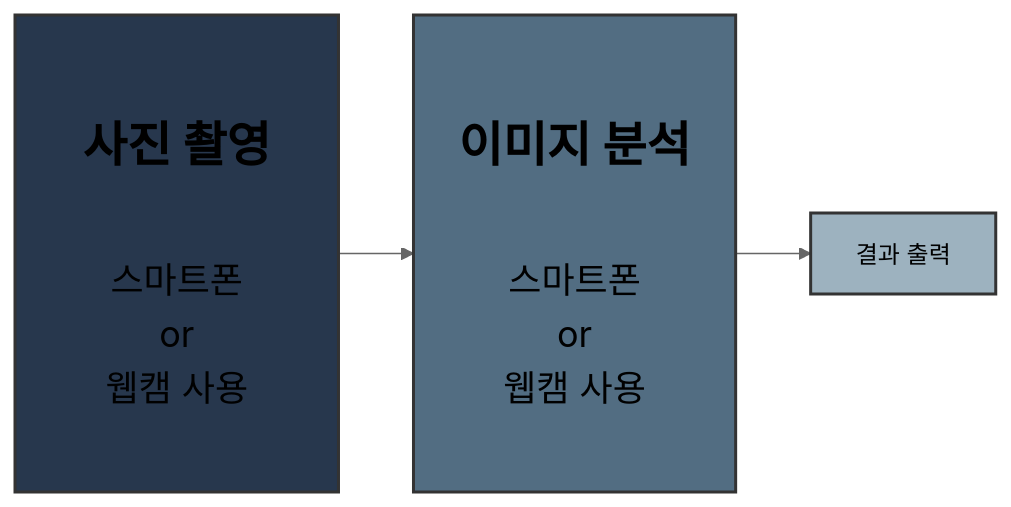
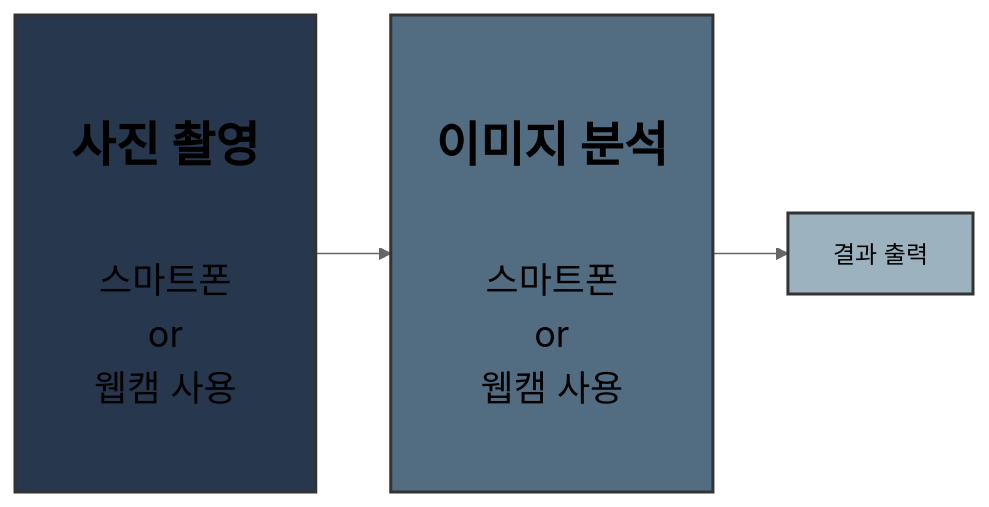
The diagram in Readme.md (201710808/-p), drawn with Mermaid (neutral theme) before and after one commit.

````diff
--- a/Readme.md
+++ b/Readme.md
@@ -3,10 +3,10 @@
 ```mermaid
 graph LR
-A[<br><br><b><span style='font-size:32px'>&nbsp;&nbsp;사진 촬영&nbsp;&nbsp;</span></b>\n\n\n<span style='font-size:24px'>스마트폰\nor\n웹캠 사용<br><br>] --> B[<br><br><b><span style='font-size:32px'>이미지 분석</span></b>\n\n\n<span style='font-size:24px'>스마트폰\nor\n웹캠 사용<br><br>]
+A[<br><br><b><span style='font-size:32px'>&nbsp;사진 촬영&nbsp;</span></b>\n\n\n<span style='font-size:24px'>스마트폰\nor\n웹캠 사용<br><br>] --> B[<br><br><b><span style='font-size:32px'>이미지 분석</span></b>\n\n\n<span style='font-size:24px'>스마트폰\nor\n웹캠 사용<br><br>]
 B --> C[결과 출력]
 
 style A fill:#27374D,stroke:#333,stroke-width:2px
 style B fill:#526D82,stroke:#333,stroke-width:2px
 style C fill:#9DB2BF ,stroke:#333,stroke-width:2px
 
 ```
````
